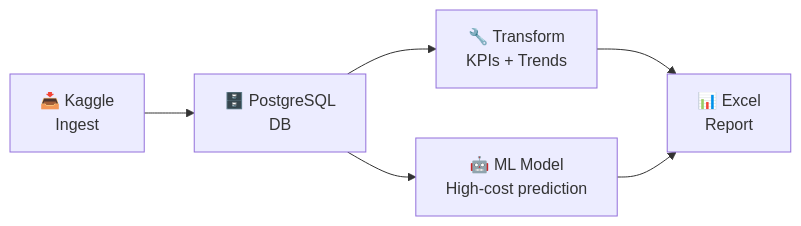
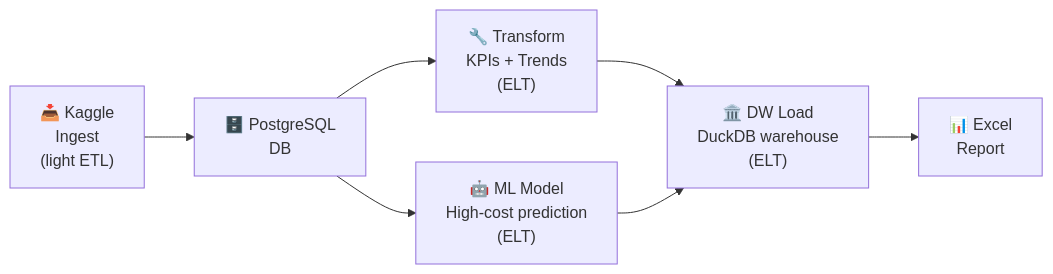
One commit to sahithisarvepalli/insurance-analytics-project changed the diagram in docs/index.md. Above: the diagram before and after it, drawn with Mermaid. The commit also changed other lines of this file and 5 other files, not shown here.

````diff
--- a/docs/index.md
+++ b/docs/index.md
@@ -76,8 +78,9 @@
 ```mermaid
 flowchart LR
-    K["📥 Kaggle\nIngest"] --> D["🗄️ PostgreSQL\nDB"]
-    D --> T["🔧 Transform\nKPIs + Trends"]
-    D --> M["🤖 ML Model\nHigh-cost prediction"]
-    T --> R["📊 Excel\nReport"]
-    M --> R
+    K["📥 Kaggle\nIngest\n(light ETL)"] --> D["🗄️ PostgreSQL\nDB"]
+    D --> T["🔧 Transform\nKPIs + Trends\n(ELT)"]
+    D --> M["🤖 ML Model\nHigh-cost prediction\n(ELT)"]
+    T --> DW["🏛️ DW Load\nDuckDB warehouse\n(ELT)"]
+    M --> DW
+    DW --> R["📊 Excel\nReport"]
 ```
````
